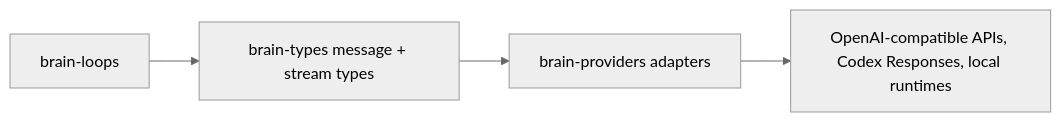
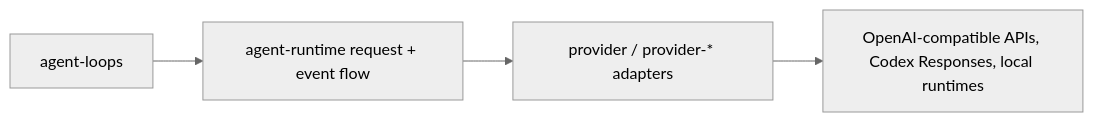
One commit to leto-labs/leto changed the second of 2 diagrams in docs/architecture/provider/README.md. Above: the diagram before and after it, drawn with Mermaid (neutral theme). The commit also changed other lines of this file and 160 other files, not shown here.

````diff
--- a/docs/architecture/provider/README.md
+++ b/docs/architecture/provider/README.md
@@ -70,11 +70,11 @@
 ```mermaid
 flowchart LR
-    Loops[brain-loops]
-    Types[brain-types message + stream types]
-    Providers[brain-providers adapters]
+    Loops[agent-loops]
+    Runtime[agent-runtime request + event flow]
+    Providers[provider / provider-* adapters]
     APIs[OpenAI-compatible APIs, Codex Responses, local runtimes]
 
-    Loops --> Types
-    Types --> Providers
+    Loops --> Runtime
+    Runtime --> Providers
     Providers --> APIs
 ```
````
